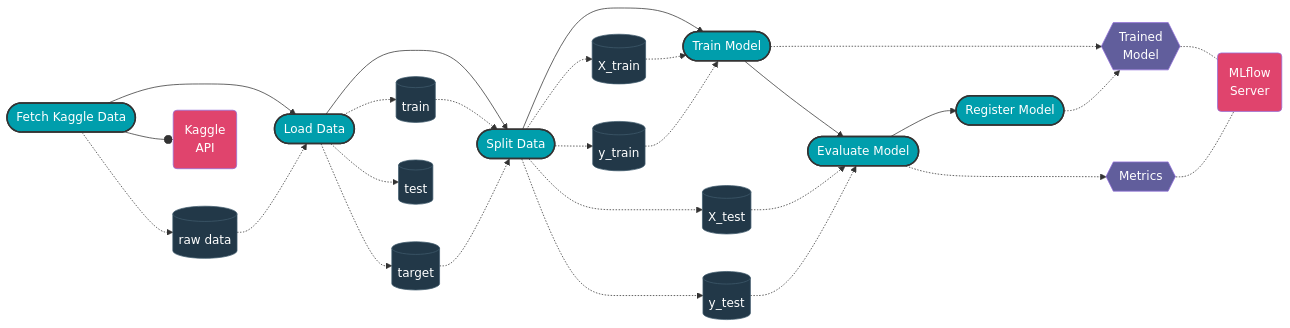
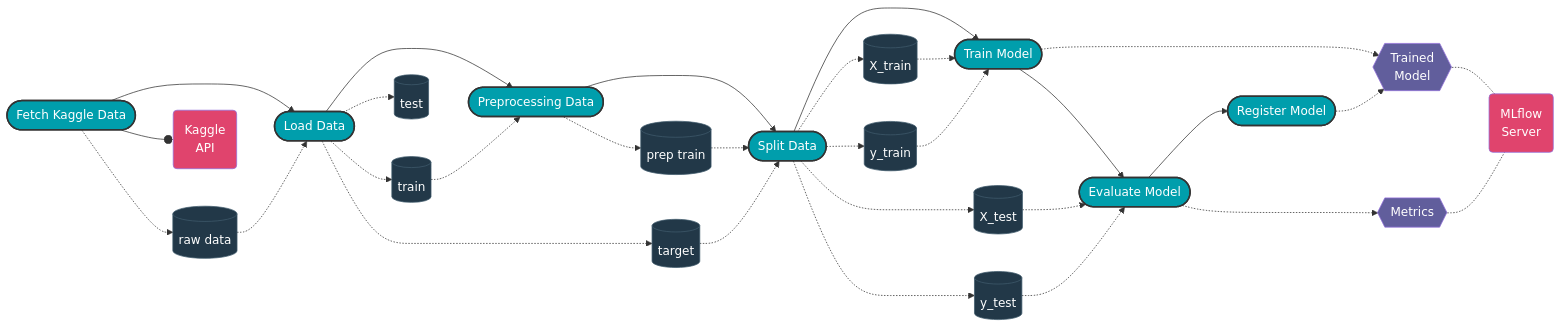
Before and after one commit to jordandelbar/titanic-kaggle: the diagram in README.md, drawn with Mermaid. The commit also changed 11 other files, not shown here.

```diff
--- a/README.md
+++ b/README.md
@@ -17,6 +17,7 @@
 %% Flow definitions
 fetch_data_kaggle([Fetch Kaggle Data])
 loader([Load Data])
+preprocessor([Preprocessing Data])
 splitter([Split Data])
 trainer([Train Model])
 evaluator([Evaluate Model])
@@ -25,6 +26,7 @@
 %% Data definitions
 raw_data[(raw data)]
 train[(train)]
+train_preprocessed[(prep train)]
 target[(target)]
 test[(test)]
 X_train[(X_train)]
@@ -42,7 +44,8 @@
 
 %% Flow relationships
 fetch_data_kaggle --> loader
-loader --> splitter
+loader --> preprocessor
+preprocessor --> splitter
 splitter --> trainer
 trainer --> evaluator
 evaluator --> register
@@ -53,7 +56,9 @@
 loader .-> train
 loader .-> target
 loader .-> test
-train .-> splitter
+train .-> preprocessor
+preprocessor .-> train_preprocessed
+train_preprocessed .-> splitter
 target .-> splitter
 splitter .-> X_train
 splitter .-> X_test
@@ -83,6 +88,7 @@
     %% Steps
     class fetch_data_kaggle step;
     class loader step;
+    class preprocessor step;
     class splitter step;
     class trainer step;
     class evaluator step;
@@ -91,6 +97,7 @@
     %% Data
     class raw_data data;
     class train data;
+    class train_preprocessed data;
     class target data;
     class test data;
     class X_train data;
```
